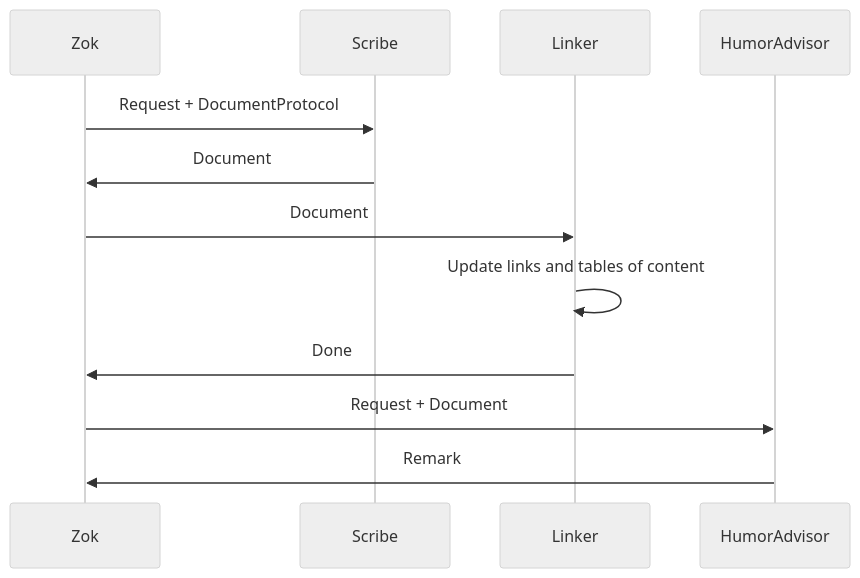
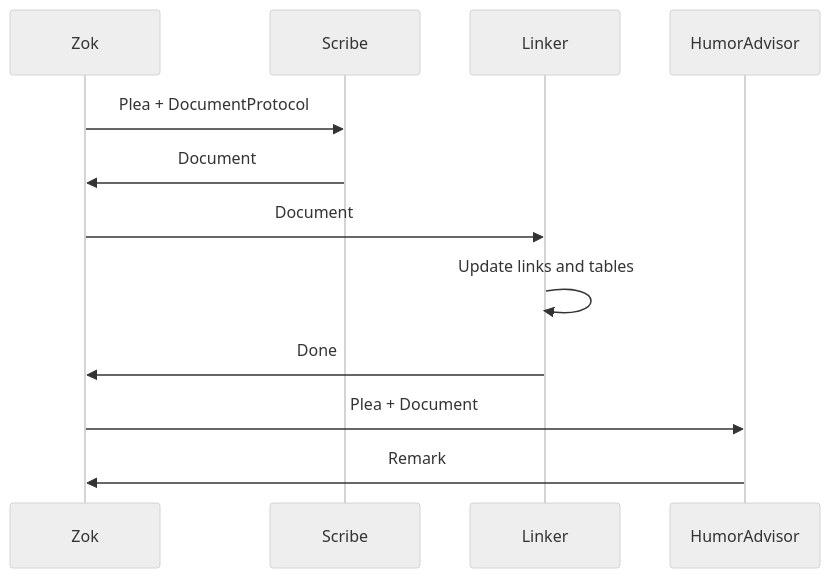
One commit to pslotinsky/decay-of-magic changed the third of 6 diagrams in docs/design/Design-001_the-inner-world-of-zok.md. Above: the diagram before and after it, drawn with Mermaid (neutral theme). The commit also changed other lines of this file, not shown here.

Commit message:
Design-1: Translate Zok's design document to eng

````diff
--- a/docs/design/Design-001_the-inner-world-of-zok.md
+++ b/docs/design/Design-001_the-inner-world-of-zok.md
@@ -110,10 +112,10 @@
 ```mermaid
 sequenceDiagram
-  Zok->>Scribe: Request + DocumentProtocol
+  Zok->>Scribe: Plea + DocumentProtocol
   Scribe->>Zok: Document
   Zok->>Linker: Document
-  Linker->>Linker: Update links and tables of content
+  Linker->>Linker: Update links and tables
   Linker->>Zok: Done
-  Zok->>HumorAdvisor: Request + Document
+  Zok->>HumorAdvisor: Plea + Document
   HumorAdvisor->>Zok: Remark
 ```
````
